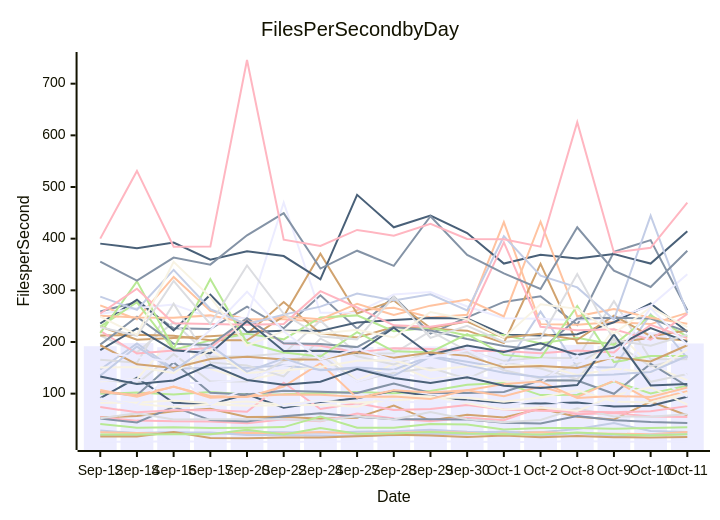
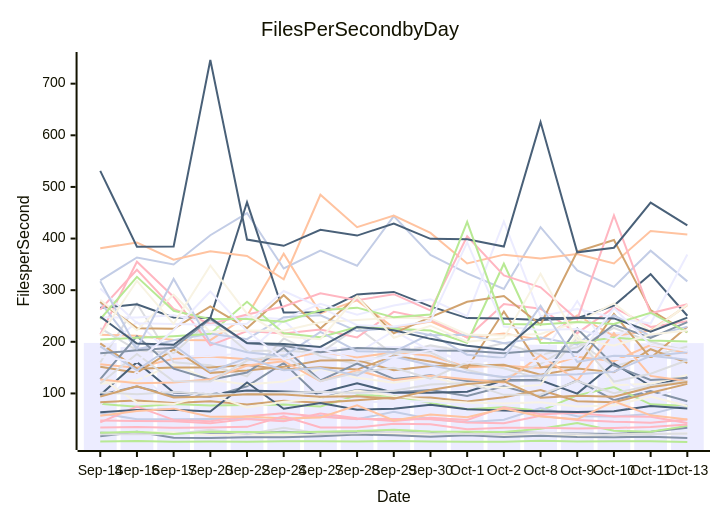
Before and after one commit to streetsidesoftware/cspell: the diagram in perf-report.md, drawn with Mermaid. The commit also changed other lines of this file and 2 other files, not shown here.

````diff
--- a/perf-report.md
+++ b/perf-report.md
@@ -11,57 +11,57 @@
 ```mermaid
 xychart-beta
     title Files Per Second by Day
     y-axis Files per Second
-    x-axis Date [Sep-12, Sep-14, Sep-16, Sep-17, Sep-20, Sep-22, Sep-24, Sep-27, Sep-28, Sep-29, Sep-30, Oct-1, Oct-2, Oct-8, Oct-9, Oct-10, Oct-11]
-    bar [191.83, 197.87, 189.83, 198.93, 223.14, 203.41, 191.85, 190.34, 190.33, 191.42, 191.65, 187.17, 187.29, 194.39, 192.05, 218.83, 197.10]
-    line [259.14, 277.45, 226.45, 225.10, 268.40, 226.40, 290.41, 225.84, 287.60, 216.33, 247.70, 277.53, 288.63, 233.16, 374.71, 397.16, 261.34]
-    line [270.83, 243.92, 325.88, 260.22, 243.99, 243.96, 239.11, 261.23, 266.19, 247.38, 252.69, 432.16, 234.56, 233.40, 238.56, 234.64, 256.33]
-    line [212.19, 179.89, 238.35, 171.61, 172.61, 177.91, 241.32, 177.39, 178.05, 221.01, 182.74, 163.48, 169.32, 168.97, 278.92, 166.54, 166.53]
-    line [99.90, 101.98, 98.46, 103.01, 98.38, 99.03, 101.47, 103.27, 100.93, 105.22, 117.10, 120.39, 97.23, 97.90, 123.96, 100.36, 115.55]
-    line [54.08, 56.65, 66.08, 70.58, 54.86, 55.17, 51.26, 53.54, 77.09, 47.84, 59.17, 54.01, 70.63, 55.18, 49.90, 84.72, 57.64]
-    line [28.54, 23.63, 25.87, 21.39, 25.97, 25.29, 24.28, 26.03, 27.14, 29.89, 26.22, 25.83, 25.33, 31.76, 42.94, 27.61, 25.97]
-    line [54.31, 47.78, 46.42, 45.99, 42.51, 50.42, 46.36, 61.34, 51.99, 46.51, 53.11, 48.59, 73.40, 59.94, 62.62, 55.56, 54.77]
-    line [91.26, 130.94, 82.16, 79.40, 98.84, 72.96, 83.85, 90.86, 105.55, 94.80, 87.05, 82.35, 80.71, 82.95, 74.90, 76.80, 94.05]
-    line [124.19, 127.77, 210.87, 148.03, 126.65, 140.55, 188.49, 125.20, 157.87, 127.91, 135.21, 124.24, 125.20, 125.79, 225.70, 154.24, 126.07]
-    line [6.93, 6.69, 7.98, 6.67, 6.83, 6.48, 7.18, 7.27, 6.94, 7.83, 6.98, 6.40, 6.43, 8.18, 6.76, 7.44, 7.30]
-    line [51.70, 44.11, 74.38, 48.80, 46.22, 56.03, 61.86, 55.07, 50.38, 50.26, 50.11, 43.90, 42.10, 56.81, 48.66, 45.19, 43.33]
-    line [25.15, 23.74, 22.20, 23.03, 24.38, 22.79, 25.90, 22.55, 24.52, 26.32, 24.36, 24.04, 25.09, 23.35, 22.45, 21.51, 25.71]
-    line [52.43, 61.82, 49.92, 50.20, 50.36, 50.54, 47.43, 56.40, 49.96, 64.67, 50.46, 44.40, 48.96, 71.61, 56.00, 55.29, 59.99]
-    line [41.14, 33.93, 34.79, 33.36, 33.83, 35.26, 55.80, 33.99, 34.03, 41.23, 40.49, 30.44, 33.53, 33.57, 32.29, 33.27, 34.79]
-    line [230.07, 204.55, 207.72, 211.00, 215.66, 277.45, 216.60, 208.75, 228.82, 225.46, 221.92, 198.17, 351.24, 197.76, 198.13, 208.30, 202.68]
-    line [146.78, 197.07, 148.01, 150.26, 150.22, 155.16, 146.16, 150.57, 146.25, 172.87, 161.95, 149.25, 258.77, 151.43, 150.43, 254.02, 168.57]
-    line [74.08, 63.80, 67.85, 68.28, 64.95, 121.18, 70.33, 81.37, 68.55, 70.46, 78.07, 69.43, 66.84, 65.37, 64.09, 65.74, 75.83]
-    line [235.76, 281.57, 222.43, 291.44, 219.17, 221.75, 221.55, 237.73, 242.39, 246.40, 245.33, 214.25, 212.38, 215.08, 238.25, 274.47, 219.66]
-    line [89.26, 79.87, 74.03, 79.32, 76.57, 77.71, 78.68, 74.59, 96.62, 94.86, 81.46, 69.18, 73.06, 66.65, 96.25, 112.51, 78.91]
-    line [253.99, 265.83, 272.53, 247.23, 246.03, 470.19, 256.56, 257.27, 291.74, 296.65, 268.66, 245.94, 244.92, 242.23, 245.65, 270.12, 330.98]
-    line [103.06, 96.78, 160.57, 101.71, 98.32, 105.51, 103.82, 101.18, 119.72, 101.30, 101.24, 103.40, 125.70, 125.48, 99.76, 158.05, 114.31]
-    line [102.97, 97.36, 113.44, 95.42, 93.37, 113.84, 158.94, 91.50, 106.48, 102.03, 106.46, 94.98, 113.77, 93.63, 125.18, 87.00, 104.77]
-    line [165.68, 159.91, 274.11, 160.48, 154.49, 133.29, 206.55, 172.23, 156.59, 180.95, 179.76, 145.22, 129.53, 157.39, 199.58, 152.82, 170.97]
-    line [229.76, 276.88, 185.15, 203.08, 216.06, 205.09, 247.61, 251.50, 220.80, 227.59, 212.73, 213.55, 197.04, 208.25, 194.51, 251.63, 210.60]
-    line [212.41, 213.84, 211.89, 203.30, 203.26, 249.81, 370.77, 255.08, 280.21, 227.10, 239.56, 208.40, 216.14, 204.22, 251.15, 211.26, 222.05]
-    line [19.65, 18.79, 24.79, 24.63, 19.73, 20.13, 19.16, 18.74, 19.48, 22.38, 21.10, 27.10, 18.00, 23.58, 17.31, 20.37, 21.44]
-    line [221.56, 177.63, 183.43, 188.58, 244.43, 196.97, 192.51, 179.82, 187.80, 186.23, 183.20, 182.62, 177.99, 183.70, 179.89, 233.14, 207.50]
-    line [390.41, 381.43, 392.33, 359.21, 375.60, 366.33, 321.23, 484.87, 422.08, 444.64, 410.96, 351.78, 368.84, 361.47, 370.09, 351.86, 414.54]
-    line [82.03, 82.90, 86.51, 81.41, 84.89, 78.73, 86.02, 82.17, 86.87, 92.07, 92.00, 84.24, 92.67, 106.68, 84.76, 82.82, 101.29]
-    line [90.96, 77.91, 142.49, 79.52, 110.64, 76.31, 85.79, 97.01, 82.92, 84.16, 84.72, 77.34, 87.34, 75.86, 81.29, 136.91, 94.03]
-    line [194.84, 248.77, 196.63, 194.10, 246.18, 197.54, 195.96, 190.07, 228.82, 222.46, 205.73, 192.21, 184.58, 245.51, 246.82, 245.36, 219.50]
-    line [250.64, 247.49, 246.97, 251.50, 236.84, 249.23, 243.91, 273.74, 252.33, 270.33, 282.14, 249.68, 432.83, 249.77, 263.65, 247.10, 235.41]
-    line [127.69, 119.42, 176.53, 123.45, 123.33, 163.66, 174.86, 123.76, 140.60, 149.87, 128.75, 160.37, 148.80, 127.97, 206.50, 122.84, 138.06]
-    line [217.04, 317.36, 187.32, 321.78, 198.42, 179.83, 171.82, 219.08, 181.95, 180.26, 215.27, 175.03, 168.70, 269.72, 161.18, 172.81, 172.65]
-    line [17.01, 17.04, 25.59, 14.10, 13.68, 15.06, 15.07, 17.30, 20.40, 18.84, 16.01, 18.80, 15.62, 18.14, 15.49, 15.23, 15.94]
-    line [287.76, 262.40, 339.51, 263.75, 234.66, 253.01, 268.39, 293.97, 280.40, 292.26, 260.88, 404.51, 328.53, 305.64, 243.36, 444.70, 255.37]
-    line [255.09, 303.17, 236.15, 234.71, 233.17, 234.84, 298.34, 266.72, 232.18, 229.70, 240.06, 392.72, 229.48, 222.78, 224.66, 204.36, 254.42]
-    line [184.39, 226.41, 183.84, 178.08, 240.62, 182.34, 183.11, 178.48, 227.71, 175.37, 193.07, 180.70, 197.68, 174.97, 189.16, 226.87, 200.18]
-    line [150.67, 151.50, 140.12, 185.15, 139.87, 144.59, 151.47, 163.76, 164.48, 145.07, 153.00, 154.07, 155.61, 136.07, 148.26, 141.19, 185.69]
-    line [125.66, 126.89, 119.89, 121.04, 127.46, 154.00, 162.49, 123.69, 144.71, 125.72, 134.25, 127.46, 121.17, 173.95, 124.58, 216.72, 133.97]
-    line [355.63, 318.90, 363.44, 349.72, 406.48, 449.44, 342.12, 376.67, 347.31, 443.48, 368.45, 332.70, 302.48, 422.03, 338.21, 306.48, 376.46]
-    line [107.06, 93.89, 113.70, 92.25, 94.28, 98.57, 98.01, 93.82, 94.62, 89.71, 106.79, 118.50, 123.61, 91.76, 95.32, 93.61, 112.00]
-    line [228.82, 211.67, 318.15, 234.86, 348.02, 254.54, 210.42, 205.10, 287.53, 207.85, 231.21, 200.22, 207.10, 331.74, 203.63, 192.81, 213.97]
-    line [21.07, 20.76, 21.20, 21.42, 29.89, 21.10, 33.29, 22.21, 22.99, 25.81, 22.79, 21.40, 20.78, 24.57, 21.27, 19.07, 21.50]
-    line [193.68, 156.67, 149.67, 167.24, 171.44, 166.11, 165.94, 180.17, 169.69, 179.61, 173.13, 150.88, 153.50, 149.45, 170.98, 162.38, 193.61]
-    line [134.89, 191.12, 144.91, 193.30, 142.56, 168.42, 145.10, 149.37, 134.63, 171.73, 154.69, 140.49, 131.94, 134.65, 137.28, 142.04, 172.94]
-    line [400.11, 531.12, 384.37, 384.60, 745.85, 398.12, 385.90, 416.89, 405.74, 428.96, 399.50, 398.65, 384.43, 625.58, 373.38, 382.28, 469.75]
-    line [133.12, 118.61, 125.51, 156.41, 126.36, 117.29, 122.97, 147.55, 130.31, 120.84, 131.56, 115.38, 110.82, 116.53, 214.42, 116.00, 118.77]
-    line [249.06, 214.17, 355.08, 286.90, 193.09, 220.97, 216.09, 223.67, 208.59, 258.02, 244.00, 208.42, 273.15, 264.14, 216.71, 266.75, 228.80]
-    line [179.54, 171.09, 160.76, 222.99, 297.37, 220.86, 165.88, 186.63, 165.05, 169.83, 183.91, 159.55, 166.58, 162.12, 169.35, 265.31, 194.05]
+    x-axis Date [Sep-14, Sep-16, Sep-17, Sep-20, Sep-22, Sep-24, Sep-27, Sep-28, Sep-29, Sep-30, Oct-1, Oct-2, Oct-8, Oct-9, Oct-10, Oct-11, Oct-13]
+    bar [197.87, 189.83, 198.93, 223.14, 203.41, 191.85, 190.34, 190.33, 191.42, 191.65, 187.17, 187.29, 194.39, 192.05, 218.83, 197.10, 197.42]
+    line [97.36, 113.44, 95.42, 93.37, 113.84, 158.94, 91.50, 106.48, 102.03, 106.46, 94.98, 113.77, 93.63, 125.18, 87.00, 104.77, 85.04]
+    line [156.67, 149.67, 167.24, 171.44, 166.11, 165.94, 180.17, 169.69, 179.61, 173.13, 150.88, 153.50, 149.45, 170.98, 162.38, 193.61, 177.97]
+    line [159.91, 274.11, 160.48, 154.49, 133.29, 206.55, 172.23, 156.59, 180.95, 179.76, 145.22, 129.53, 157.39, 199.58, 152.82, 170.97, 190.99]
+    line [79.87, 74.03, 79.32, 76.57, 77.71, 78.68, 74.59, 96.62, 94.86, 81.46, 69.18, 73.06, 66.65, 96.25, 112.51, 78.91, 75.81]
+    line [151.50, 140.12, 185.15, 139.87, 144.59, 151.47, 163.76, 164.48, 145.07, 153.00, 154.07, 155.61, 136.07, 148.26, 141.19, 185.69, 159.31]
+    line [61.82, 49.92, 50.20, 50.36, 50.54, 47.43, 56.40, 49.96, 64.67, 50.46, 44.40, 48.96, 71.61, 56.00, 55.29, 59.99, 78.11]
+    line [47.78, 46.42, 45.99, 42.51, 50.42, 46.36, 61.34, 51.99, 46.51, 53.11, 48.59, 73.40, 59.94, 62.62, 55.56, 54.77, 42.96]
+    line [96.78, 160.57, 101.71, 98.32, 105.51, 103.82, 101.18, 119.72, 101.30, 101.24, 103.40, 125.70, 125.48, 99.76, 158.05, 114.31, 131.48]
+    line [118.61, 125.51, 156.41, 126.36, 117.29, 122.97, 147.55, 130.31, 120.84, 131.56, 115.38, 110.82, 116.53, 214.42, 116.00, 118.77, 135.74]
+    line [77.91, 142.49, 79.52, 110.64, 76.31, 85.79, 97.01, 82.92, 84.16, 84.72, 77.34, 87.34, 75.86, 81.29, 136.91, 94.03, 110.27]
+    line [23.74, 22.20, 23.03, 24.38, 22.79, 25.90, 22.55, 24.52, 26.32, 24.36, 24.04, 25.09, 23.35, 22.45, 21.51, 25.71, 33.33]
+    line [213.84, 211.89, 203.30, 203.26, 249.81, 370.77, 255.08, 280.21, 227.10, 239.56, 208.40, 216.14, 204.22, 251.15, 211.26, 222.05, 270.94]
+    line [226.41, 183.84, 178.08, 240.62, 182.34, 183.11, 178.48, 227.71, 175.37, 193.07, 180.70, 197.68, 174.97, 189.16, 226.87, 200.18, 182.20]
+    line [6.69, 7.98, 6.67, 6.83, 6.48, 7.18, 7.27, 6.94, 7.83, 6.98, 6.40, 6.43, 8.18, 6.76, 7.44, 7.30, 5.95]
+    line [197.07, 148.01, 150.26, 150.22, 155.16, 146.16, 150.57, 146.25, 172.87, 161.95, 149.25, 258.77, 151.43, 150.43, 254.02, 168.57, 229.37]
+    line [318.90, 363.44, 349.72, 406.48, 449.44, 342.12, 376.67, 347.31, 443.48, 368.45, 332.70, 302.48, 422.03, 338.21, 306.48, 376.46, 317.10]
+    line [214.17, 355.08, 286.90, 193.09, 220.97, 216.09, 223.67, 208.59, 258.02, 244.00, 208.42, 273.15, 264.14, 216.71, 266.75, 228.80, 239.77]
+    line [265.83, 272.53, 247.23, 246.03, 470.19, 256.56, 257.27, 291.74, 296.65, 268.66, 245.94, 244.92, 242.23, 245.65, 270.12, 330.98, 250.45]
+    line [18.79, 24.79, 24.63, 19.73, 20.13, 19.16, 18.74, 19.48, 22.38, 21.10, 27.10, 18.00, 23.58, 17.31, 20.37, 21.44, 22.28]
+    line [247.49, 246.97, 251.50, 236.84, 249.23, 243.91, 273.74, 252.33, 270.33, 282.14, 249.68, 432.83, 249.77, 263.65, 247.10, 235.41, 368.99]
+    line [17.04, 25.59, 14.10, 13.68, 15.06, 15.07, 17.30, 20.40, 18.84, 16.01, 18.80, 15.62, 18.14, 15.49, 15.23, 15.94, 13.92]
+    line [381.43, 392.33, 359.21, 375.60, 366.33, 321.23, 484.87, 422.08, 444.64, 410.96, 351.78, 368.84, 361.47, 370.09, 351.86, 414.54, 408.01]
+    line [20.76, 21.20, 21.42, 29.89, 21.10, 33.29, 22.21, 22.99, 25.81, 22.79, 21.40, 20.78, 24.57, 21.27, 19.07, 21.50, 22.60]
+    line [23.63, 25.87, 21.39, 25.97, 25.29, 24.28, 26.03, 27.14, 29.89, 26.22, 25.83, 25.33, 31.76, 42.94, 27.61, 25.97, 37.20]
+    line [82.90, 86.51, 81.41, 84.89, 78.73, 86.02, 82.17, 86.87, 92.07, 92.00, 84.24, 92.67, 106.68, 84.76, 82.82, 101.29, 118.54]
+    line [276.88, 185.15, 203.08, 216.06, 205.09, 247.61, 251.50, 220.80, 227.59, 212.73, 213.55, 197.04, 208.25, 194.51, 251.63, 210.60, 229.45]
+    line [44.11, 74.38, 48.80, 46.22, 56.03, 61.86, 55.07, 50.38, 50.26, 50.11, 43.90, 42.10, 56.81, 48.66, 45.19, 43.33, 49.63]
+    line [63.80, 67.85, 68.28, 64.95, 121.18, 70.33, 81.37, 68.55, 70.46, 78.07, 69.43, 66.84, 65.37, 64.09, 65.74, 75.83, 71.07]
+    line [130.94, 82.16, 79.40, 98.84, 72.96, 83.85, 90.86, 105.55, 94.80, 87.05, 82.35, 80.71, 82.95, 74.90, 76.80, 94.05, 75.76]
+    line [179.89, 238.35, 171.61, 172.61, 177.91, 241.32, 177.39, 178.05, 221.01, 182.74, 163.48, 169.32, 168.97, 278.92, 166.54, 166.53, 172.98]
+    line [127.77, 210.87, 148.03, 126.65, 140.55, 188.49, 125.20, 157.87, 127.91, 135.21, 124.24, 125.20, 125.79, 225.70, 154.24, 126.07, 129.94]
+    line [126.89, 119.89, 121.04, 127.46, 154.00, 162.49, 123.69, 144.71, 125.72, 134.25, 127.46, 121.17, 173.95, 124.58, 216.72, 133.97, 123.70]
+    line [119.42, 176.53, 123.45, 123.33, 163.66, 174.86, 123.76, 140.60, 149.87, 128.75, 160.37, 148.80, 127.97, 206.50, 122.84, 138.06, 164.34]
+    line [204.55, 207.72, 211.00, 215.66, 277.45, 216.60, 208.75, 228.82, 225.46, 221.92, 198.17, 351.24, 197.76, 198.13, 208.30, 202.68, 200.62]
+    line [277.45, 226.45, 225.10, 268.40, 226.40, 290.41, 225.84, 287.60, 216.33, 247.70, 277.53, 288.63, 233.16, 374.71, 397.16, 261.34, 218.45]
+    line [191.12, 144.91, 193.30, 142.56, 168.42, 145.10, 149.37, 134.63, 171.73, 154.69, 140.49, 131.94, 134.65, 137.28, 142.04, 172.94, 165.41]
+    line [262.40, 339.51, 263.75, 234.66, 253.01, 268.39, 293.97, 280.40, 292.26, 260.88, 404.51, 328.53, 305.64, 243.36, 444.70, 255.37, 272.74]
+    line [531.12, 384.37, 384.60, 745.85, 398.12, 385.90, 416.89, 405.74, 428.96, 399.50, 398.65, 384.43, 625.58, 373.38, 382.28, 469.75, 425.40]
+    line [281.57, 222.43, 291.44, 219.17, 221.75, 221.55, 237.73, 242.39, 246.40, 245.33, 214.25, 212.38, 215.08, 238.25, 274.47, 219.66, 272.08]
+    line [303.17, 236.15, 234.71, 233.17, 234.84, 298.34, 266.72, 232.18, 229.70, 240.06, 392.72, 229.48, 222.78, 224.66, 204.36, 254.42, 219.60]
+    line [177.63, 183.43, 188.58, 244.43, 196.97, 192.51, 179.82, 187.80, 186.23, 183.20, 182.62, 177.99, 183.70, 179.89, 233.14, 207.50, 238.07]
+    line [56.65, 66.08, 70.58, 54.86, 55.17, 51.26, 53.54, 77.09, 47.84, 59.17, 54.01, 70.63, 55.18, 49.90, 84.72, 57.64, 49.56]
+    line [101.98, 98.46, 103.01, 98.38, 99.03, 101.47, 103.27, 100.93, 105.22, 117.10, 120.39, 97.23, 97.90, 123.96, 100.36, 115.55, 124.16]
+    line [243.92, 325.88, 260.22, 243.99, 243.96, 239.11, 261.23, 266.19, 247.38, 252.69, 432.16, 234.56, 233.40, 238.56, 234.64, 256.33, 218.74]
+    line [93.89, 113.70, 92.25, 94.28, 98.57, 98.01, 93.82, 94.62, 89.71, 106.79, 118.50, 123.61, 91.76, 95.32, 93.61, 112.00, 122.38]
+    line [317.36, 187.32, 321.78, 198.42, 179.83, 171.82, 219.08, 181.95, 180.26, 215.27, 175.03, 168.70, 269.72, 161.18, 172.81, 172.65, 179.62]
+    line [33.93, 34.79, 33.36, 33.83, 35.26, 55.80, 33.99, 34.03, 41.23, 40.49, 30.44, 33.53, 33.57, 32.29, 33.27, 34.79, 40.06]
+    line [248.77, 196.63, 194.10, 246.18, 197.54, 195.96, 190.07, 228.82, 222.46, 205.73, 192.21, 184.58, 245.51, 246.82, 245.36, 219.50, 246.75]
+    line [211.67, 318.15, 234.86, 348.02, 254.54, 210.42, 205.10, 287.53, 207.85, 231.21, 200.22, 207.10, 331.74, 203.63, 192.81, 213.97, 221.71]
+    line [171.09, 160.76, 222.99, 297.37, 220.86, 165.88, 186.63, 165.05, 169.83, 183.91, 159.55, 166.58, 162.12, 169.35, 265.31, 194.05, 182.60]
 ```
````
